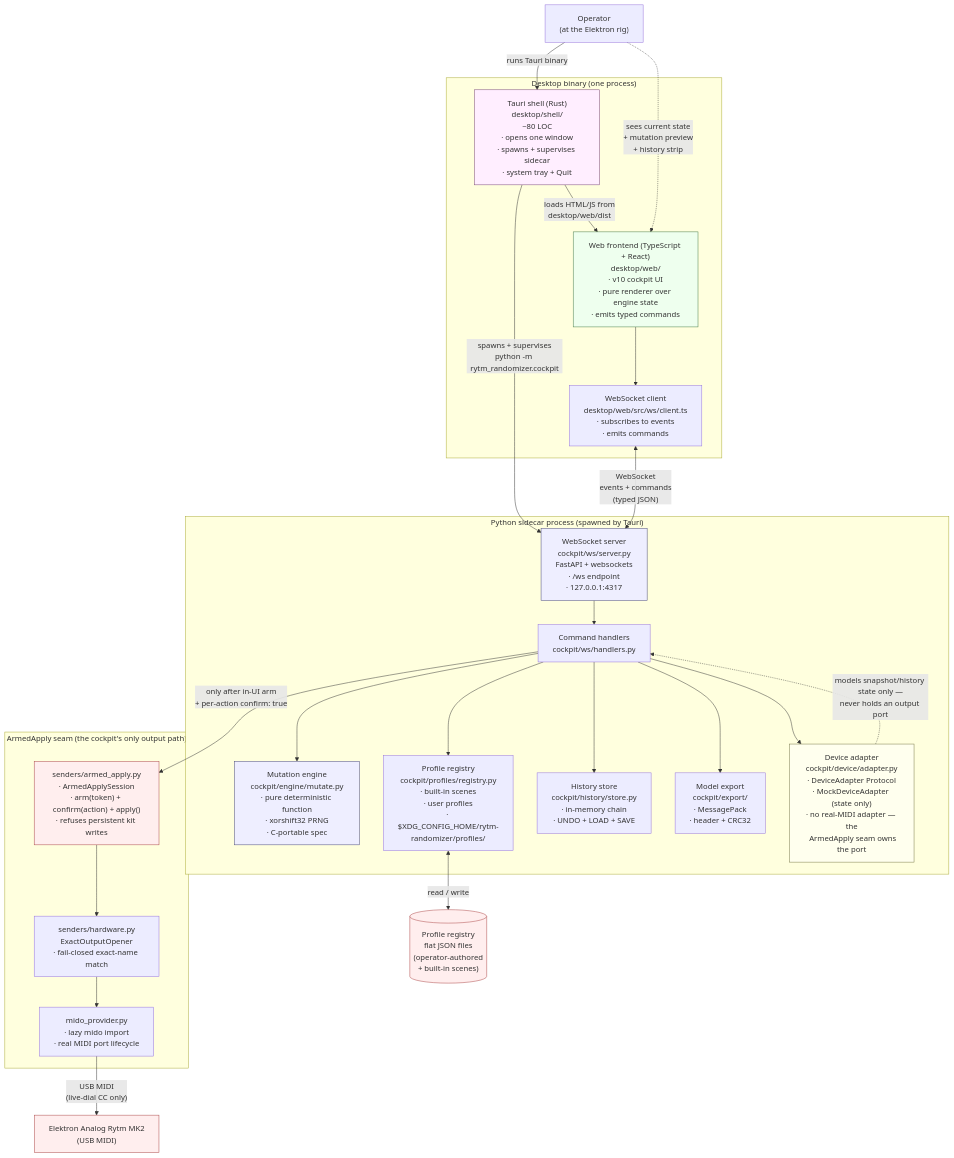
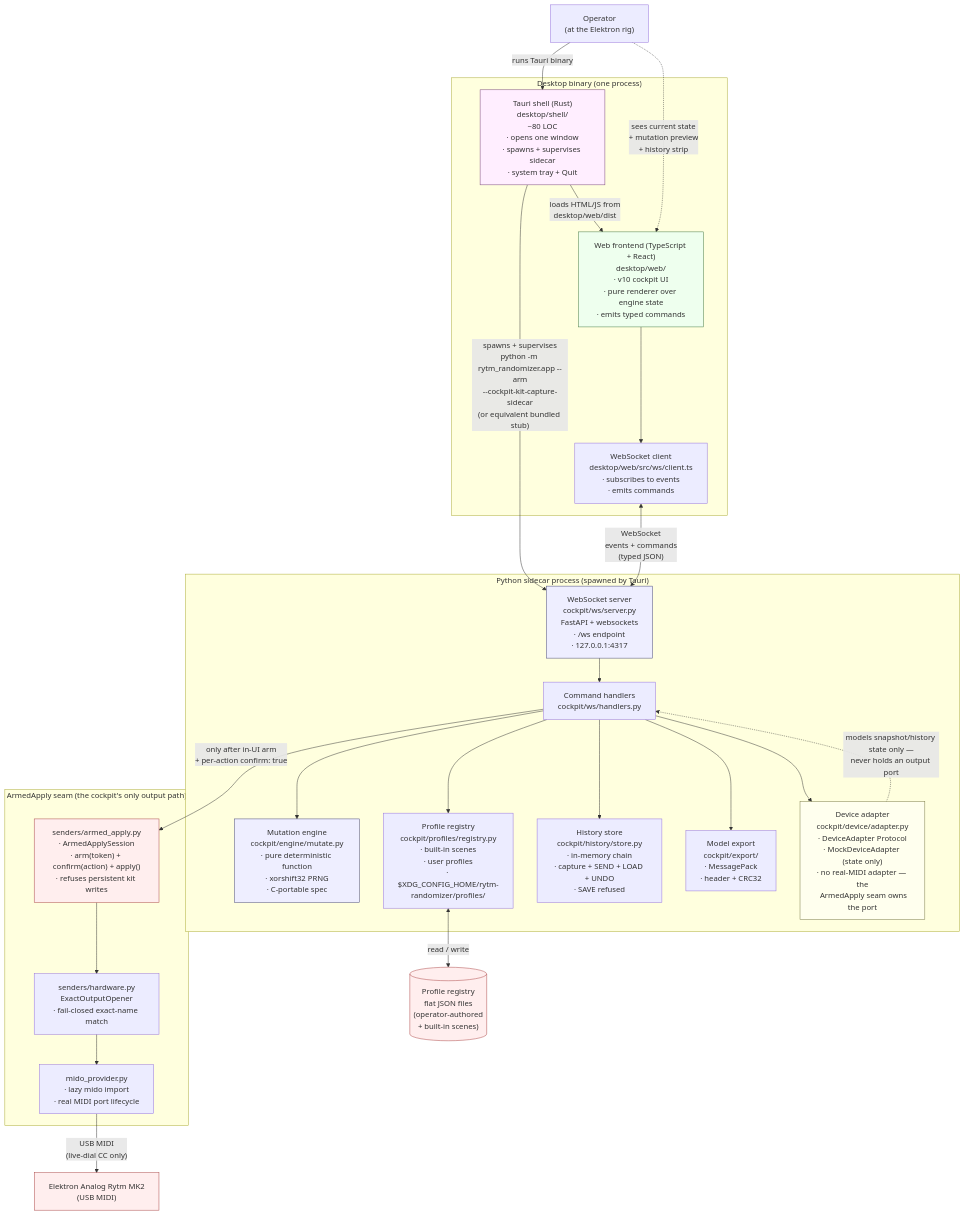
Diagram 27 of 35 in docs/ARCHITECTURE_DIAGRAMS.md (buzzijose-hub/RytmRandomizer), drawn with Mermaid before and after one commit. The commit also changed other lines of this file and 149 other files, not shown here.

````diff
--- a/docs/ARCHITECTURE_DIAGRAMS.md
+++ b/docs/ARCHITECTURE_DIAGRAMS.md
@@ -2183,61 +2201,61 @@
 ```mermaid
 flowchart TB
     Operator["Operator<br/>(at the Elektron rig)"]
 
     subgraph Desktop["Desktop binary (one process)"]
         TauriShell["Tauri shell (Rust)<br/>desktop/shell/<br/>~80 LOC<br/>· opens one window<br/>· spawns + supervises sidecar<br/>· system tray + Quit"]
         WebFrontend["Web frontend (TypeScript + React)<br/>desktop/web/<br/>· v10 cockpit UI<br/>· pure renderer over engine state<br/>· emits typed commands"]
         WSClient["WebSocket client<br/>desktop/web/src/ws/client.ts<br/>· subscribes to events<br/>· emits commands"]
     end
 
     subgraph Sidecar["Python sidecar process (spawned by Tauri)"]
         WSServer["WebSocket server<br/>cockpit/ws/server.py<br/>FastAPI + websockets<br/>· /ws endpoint<br/>· 127.0.0.1:4317"]
         Handlers["Command handlers<br/>cockpit/ws/handlers.py"]
         Engine["Mutation engine<br/>cockpit/engine/mutate.py<br/>· pure deterministic function<br/>· xorshift32 PRNG<br/>· C-portable spec"]
         Profiles["Profile registry<br/>cockpit/profiles/registry.py<br/>· built-in scenes<br/>· user profiles<br/>· $XDG_CONFIG_HOME/rytm-randomizer/profiles/"]
-        History["History store<br/>cockpit/history/store.py<br/>· in-memory chain<br/>· UNDO + LOAD + SAVE"]
+        History["History store<br/>cockpit/history/store.py<br/>· in-memory chain<br/>· capture + SEND + LOAD + UNDO<br/>· SAVE refused"]
         Export["Model export<br/>cockpit/export/<br/>· MessagePack<br/>· header + CRC32"]
         DeviceAdapter["Device adapter<br/>cockpit/device/adapter.py<br/>· DeviceAdapter Protocol<br/>· MockDeviceAdapter (state only)<br/>· no real-MIDI adapter — the<br/>  ArmedApply seam owns the port"]
     end
 
     subgraph ArmedSeam["ArmedApply seam (the cockpit's only output path)"]
         ArmedApply["senders/armed_apply.py<br/>· ArmedApplySession<br/>· arm(token) + confirm(action) + apply()<br/>· refuses persistent kit writes"]
         ExactOpener["senders/hardware.py<br/>ExactOutputOpener<br/>· fail-closed exact-name match"]
         MidoProvider["mido_provider.py<br/>· lazy mido import<br/>· real MIDI port lifecycle"]
     end
 
     Rytm["Elektron Analog Rytm MK2<br/>(USB MIDI)"]
     Disk[("Profile registry<br/>flat JSON files<br/>(operator-authored<br/>+ built-in scenes)")]
 
     Operator -->|"runs Tauri binary"| TauriShell
-    TauriShell -->|"spawns + supervises<br/>python -m rytm_randomizer.cockpit"| WSServer
+    TauriShell -->|"spawns + supervises<br/>python -m rytm_randomizer.app --arm<br/>--cockpit-kit-capture-sidecar<br/>(or equivalent bundled stub)"| WSServer
     TauriShell -->|"loads HTML/JS from<br/>desktop/web/dist"| WebFrontend
     WebFrontend --> WSClient
 
     WSClient <-->|"WebSocket<br/>events + commands<br/>(typed JSON)"| WSServer
     WSServer --> Handlers
     Handlers --> Engine
     Handlers --> Profiles
     Handlers --> History
     Handlers --> DeviceAdapter
     Handlers --> Export
 
     Profiles <-->|"read / write"| Disk
 
     Handlers -->|"only after in-UI arm<br/>+ per-action confirm: true"| ArmedApply
     DeviceAdapter -. "models snapshot/history state only —<br/>never holds an output port" .-> Handlers
     ArmedApply --> ExactOpener
     ExactOpener --> MidoProvider
     MidoProvider -->|"USB MIDI<br/>(live-dial CC only)"| Rytm
 
     Operator -. "sees current state<br/>+ mutation preview<br/>+ history strip" .-> WebFrontend
 
     style TauriShell fill:#fef,stroke:#747
     style WebFrontend fill:#efe,stroke:#474
     style WSServer fill:#eef,stroke:#447
     style Engine fill:#eef,stroke:#447
     style DeviceAdapter fill:#ffe,stroke:#774
     style ArmedApply fill:#fee,stroke:#a44
     style Rytm fill:#fee,stroke:#a44
     style Disk fill:#fee,stroke:#a44
 ```
````
